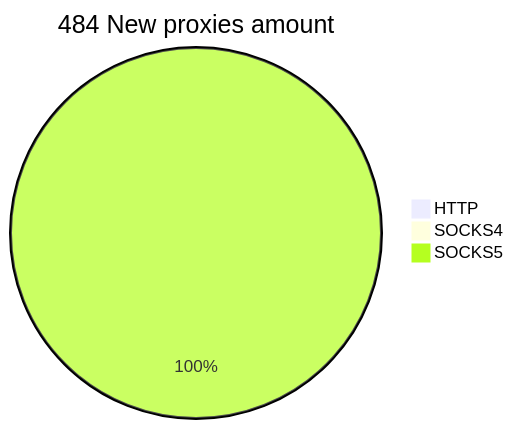
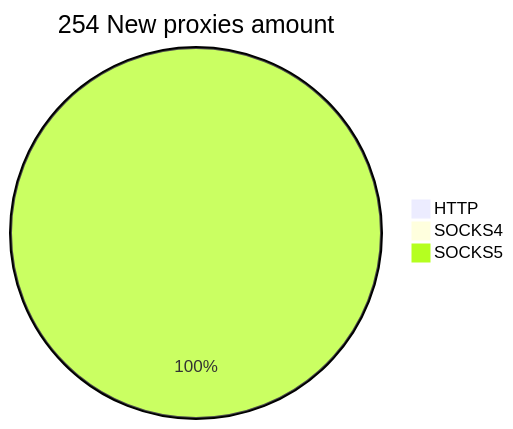
The second of 2 diagrams in README.md (cutipu/proxylist), drawn with Mermaid before and after one commit. The commit also changed other lines of this file, not shown here.

````diff
--- a/README.md
+++ b/README.md
@@ -10,6 +10,6 @@
 ```mermaid
-pie title 484 New proxies amount
+pie title 254 New proxies amount
     "HTTP" : 0
-    "SOCKS4" : 0
-    "SOCKS5" : 484
+    "SOCKS4" : 1
+    "SOCKS5" : 256
 ```
````
